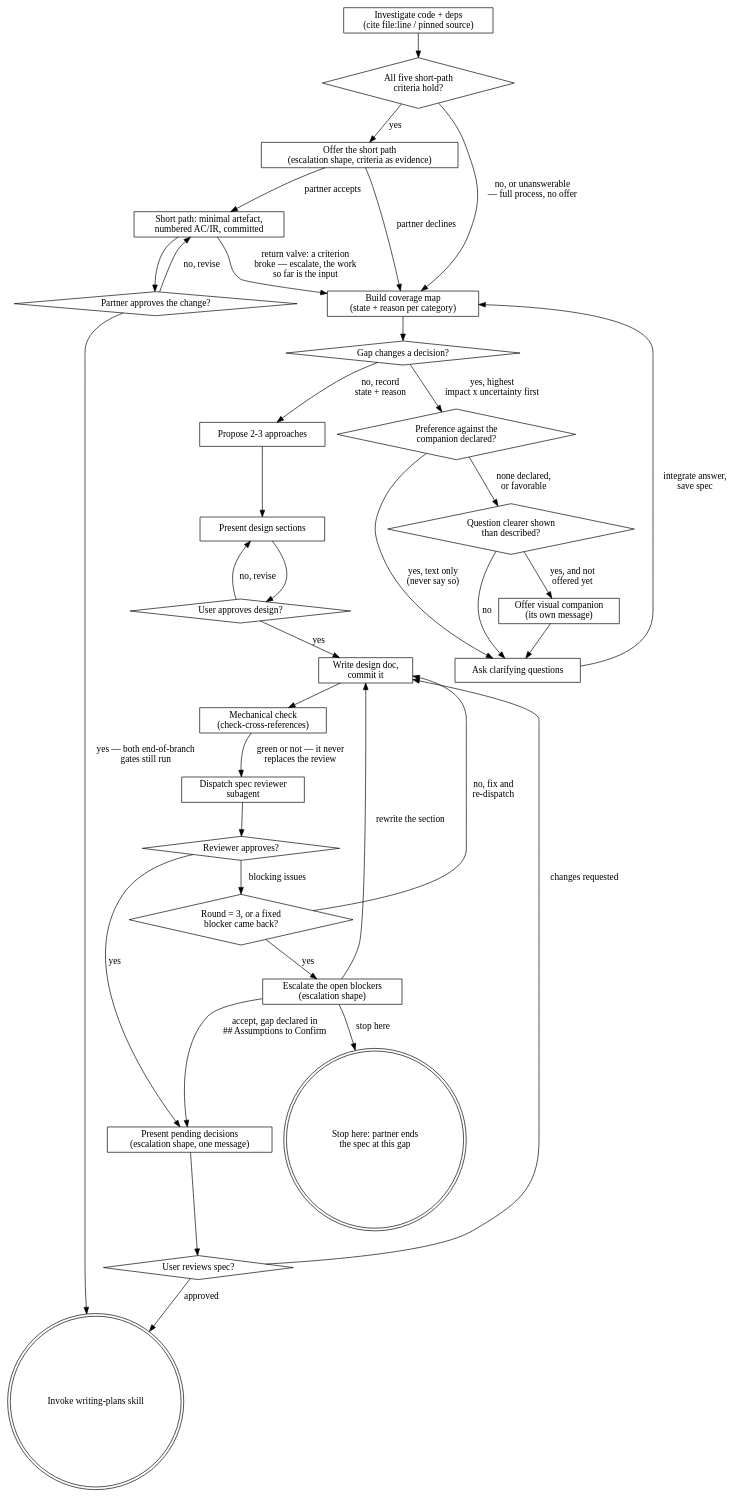
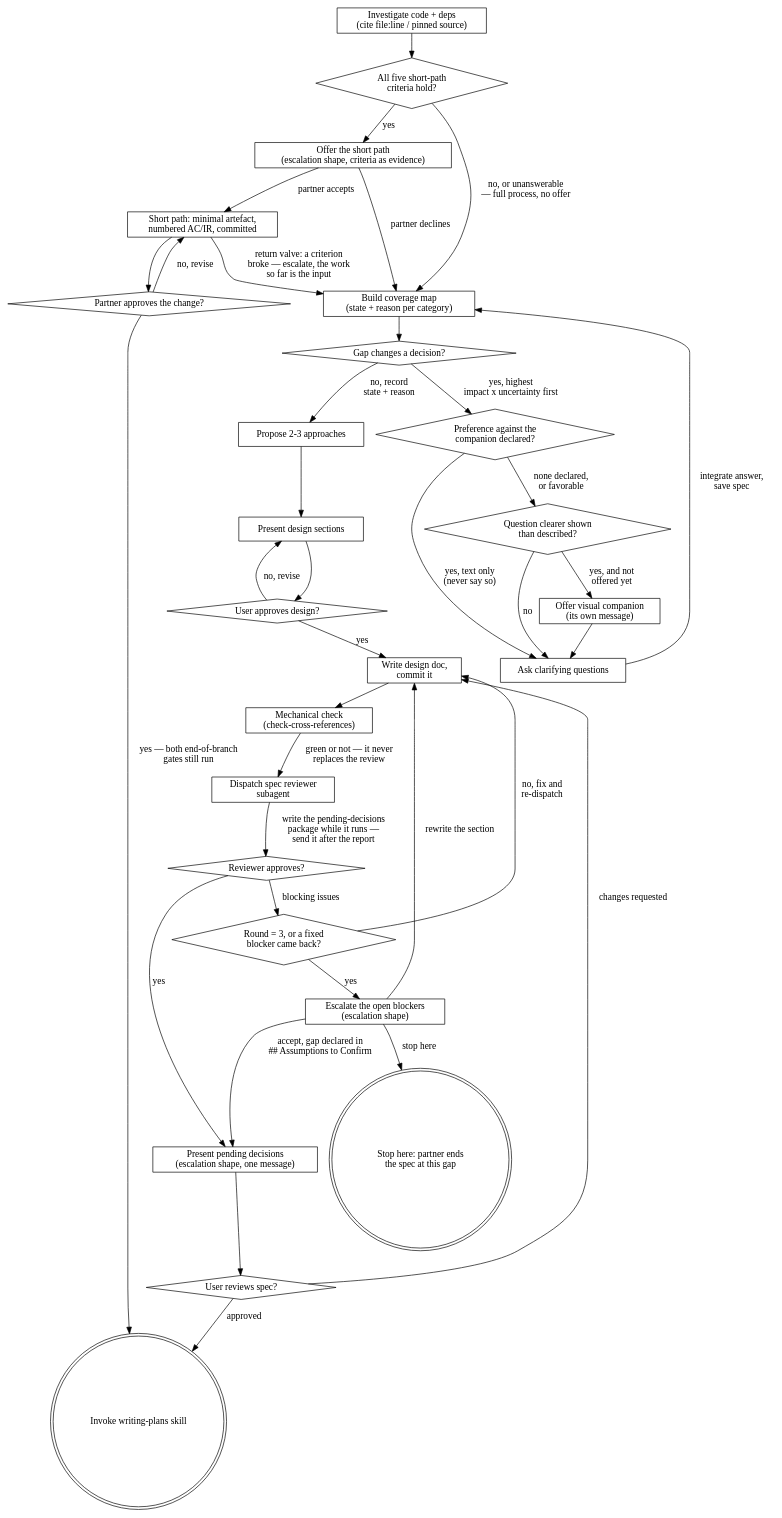
One commit to rodrigopaitach/superpowersplus changed the diagram in skills/brainstorming/references/process-flow.md. Above: the diagram before and after it, drawn with Graphviz. The commit also changed 2 other files, not shown here.

````diff
--- a/skills/brainstorming/references/process-flow.md
+++ b/skills/brainstorming/references/process-flow.md
@@ -18,64 +18,64 @@
 ```dot
 digraph brainstorming {
     "Investigate code + deps\n(cite file:line / pinned source)" [shape=box];
     "All five short-path\ncriteria hold?" [shape=diamond];
     "Offer the short path\n(escalation shape, criteria as evidence)" [shape=box];
     "Short path: minimal artefact,\nnumbered AC/IR, committed" [shape=box];
     "Partner approves the change?" [shape=diamond];
     "Build coverage map\n(state + reason per category)" [shape=box];
     "Gap changes a decision?" [shape=diamond];
     "Preference against the\ncompanion declared?" [shape=diamond];
     "Question clearer shown\nthan described?" [shape=diamond];
     "Offer visual companion\n(its own message)" [shape=box];
     "Ask clarifying questions" [shape=box];
     "Propose 2-3 approaches" [shape=box];
     "Present design sections" [shape=box];
     "User approves design?" [shape=diamond];
     "Write design doc,\ncommit it" [shape=box];
     "Mechanical check\n(check-cross-references)" [shape=box];
     "Dispatch spec reviewer\nsubagent" [shape=box];
     "Reviewer approves?" [shape=diamond];
     "Round = 3, or a fixed\nblocker came back?" [shape=diamond];
     "Escalate the open blockers\n(escalation shape)" [shape=box];
     "Stop here: partner ends\nthe spec at this gap" [shape=doublecircle];
     "Present pending decisions\n(escalation shape, one message)" [shape=box];
     "User reviews spec?" [shape=diamond];
     "Invoke writing-plans skill" [shape=doublecircle];
 
     "Investigate code + deps\n(cite file:line / pinned source)" -> "All five short-path\ncriteria hold?";
     "All five short-path\ncriteria hold?" -> "Build coverage map\n(state + reason per category)" [label="no, or unanswerable\n— full process, no offer"];
     "All five short-path\ncriteria hold?" -> "Offer the short path\n(escalation shape, criteria as evidence)" [label="yes"];
     "Offer the short path\n(escalation shape, criteria as evidence)" -> "Build coverage map\n(state + reason per category)" [label="partner declines"];
     "Offer the short path\n(escalation shape, criteria as evidence)" -> "Short path: minimal artefact,\nnumbered AC/IR, committed" [label="partner accepts"];
     "Short path: minimal artefact,\nnumbered AC/IR, committed" -> "Build coverage map\n(state + reason per category)" [label="return valve: a criterion\nbroke — escalate, the work\nso far is the input"];
     "Short path: minimal artefact,\nnumbered AC/IR, committed" -> "Partner approves the change?";
     "Partner approves the change?" -> "Short path: minimal artefact,\nnumbered AC/IR, committed" [label="no, revise"];
     "Partner approves the change?" -> "Invoke writing-plans skill" [label="yes — both end-of-branch\ngates still run"];
     "Build coverage map\n(state + reason per category)" -> "Gap changes a decision?";
     "Gap changes a decision?" -> "Preference against the\ncompanion declared?" [label="yes, highest\nimpact x uncertainty first"];
     "Preference against the\ncompanion declared?" -> "Ask clarifying questions" [label="yes, text only\n(never say so)"];
     "Preference against the\ncompanion declared?" -> "Question clearer shown\nthan described?" [label="none declared,\nor favorable"];
     "Question clearer shown\nthan described?" -> "Offer visual companion\n(its own message)" [label="yes, and not\noffered yet"];
     "Question clearer shown\nthan described?" -> "Ask clarifying questions" [label="no"];
     "Offer visual companion\n(its own message)" -> "Ask clarifying questions";
     "Gap changes a decision?" -> "Propose 2-3 approaches" [label="no, record\nstate + reason"];
     "Ask clarifying questions" -> "Build coverage map\n(state + reason per category)" [label="integrate answer,\nsave spec"];
     "Propose 2-3 approaches" -> "Present design sections";
     "Present design sections" -> "User approves design?";
     "User approves design?" -> "Present design sections" [label="no, revise"];
     "User approves design?" -> "Write design doc,\ncommit it" [label="yes"];
     "Write design doc,\ncommit it" -> "Mechanical check\n(check-cross-references)";
     "Mechanical check\n(check-cross-references)" -> "Dispatch spec reviewer\nsubagent" [label="green or not — it never\nreplaces the review"];
-    "Dispatch spec reviewer\nsubagent" -> "Reviewer approves?";
+    "Dispatch spec reviewer\nsubagent" -> "Reviewer approves?" [label="write the pending-decisions\npackage while it runs —\nsend it after the report"];
     "Reviewer approves?" -> "Round = 3, or a fixed\nblocker came back?" [label="blocking issues"];
     "Round = 3, or a fixed\nblocker came back?" -> "Write design doc,\ncommit it" [label="no, fix and\nre-dispatch"];
     "Round = 3, or a fixed\nblocker came back?" -> "Escalate the open blockers\n(escalation shape)" [label="yes"];
     "Escalate the open blockers\n(escalation shape)" -> "Write design doc,\ncommit it" [label="rewrite the section"];
     "Escalate the open blockers\n(escalation shape)" -> "Present pending decisions\n(escalation shape, one message)" [label="accept, gap declared in\n## Assumptions to Confirm"];
     "Escalate the open blockers\n(escalation shape)" -> "Stop here: partner ends\nthe spec at this gap" [label="stop here"];
     "Reviewer approves?" -> "Present pending decisions\n(escalation shape, one message)" [label="yes"];
     "Present pending decisions\n(escalation shape, one message)" -> "User reviews spec?";
     "User reviews spec?" -> "Write design doc,\ncommit it" [label="changes requested"];
     "User reviews spec?" -> "Invoke writing-plans skill" [label="approved"];
 }
 ```
````
